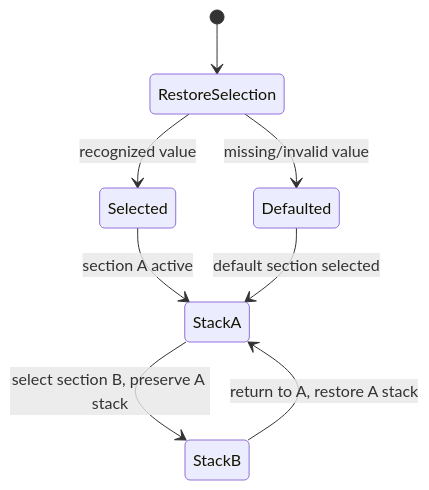
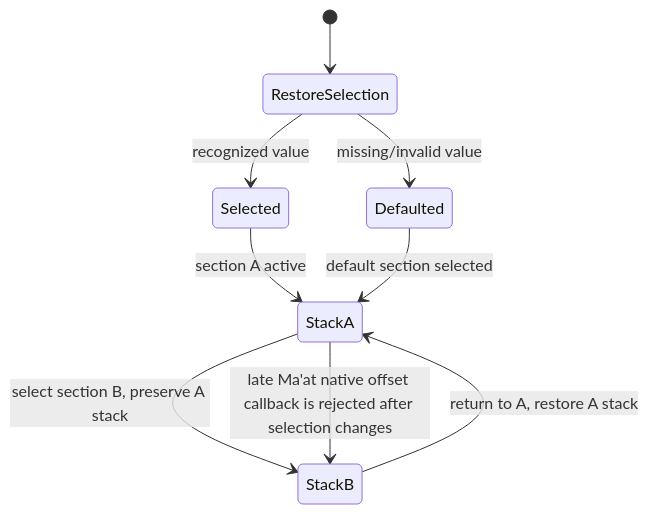
One commit to SirsiMaster/sirsi-pantheon changed diagram 21 of 43 in docs/stacklab/pantheon-pt/canon/DIAGRAMS_RUNTIME_NATIVE.md. Above: the diagram before and after it, drawn with Mermaid. The commit also changed other lines of this file and 8 other files, not shown here.

````diff
--- a/docs/stacklab/pantheon-pt/canon/DIAGRAMS_RUNTIME_NATIVE.md
+++ b/docs/stacklab/pantheon-pt/canon/DIAGRAMS_RUNTIME_NATIVE.md
@@ -279,10 +283,11 @@
 ```mermaid
 stateDiagram-v2
   [*] --> RestoreSelection
   RestoreSelection --> Selected: recognized value
   RestoreSelection --> Defaulted: missing/invalid value
   Selected --> StackA: section A active
   StackA --> StackB: select section B, preserve A stack
   StackB --> StackA: return to A, restore A stack
+  StackA --> StackB: late Ma'at native offset callback is rejected after selection changes
   Defaulted --> StackA: default section selected
 ```
````
